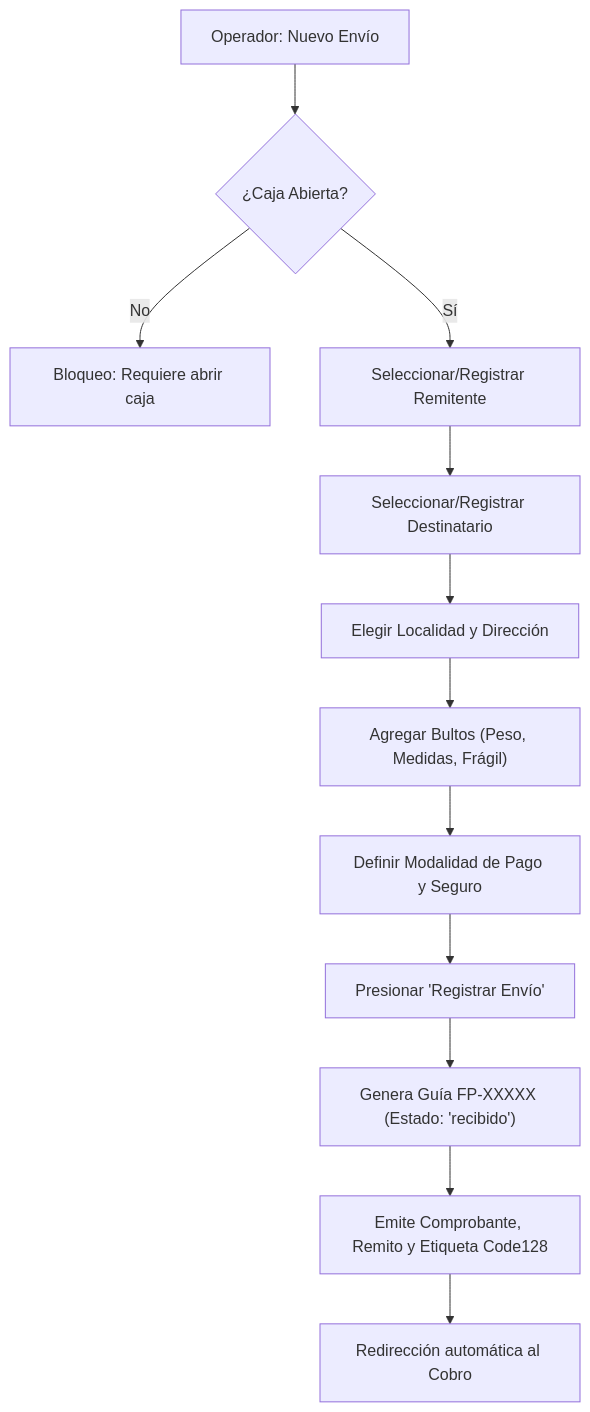
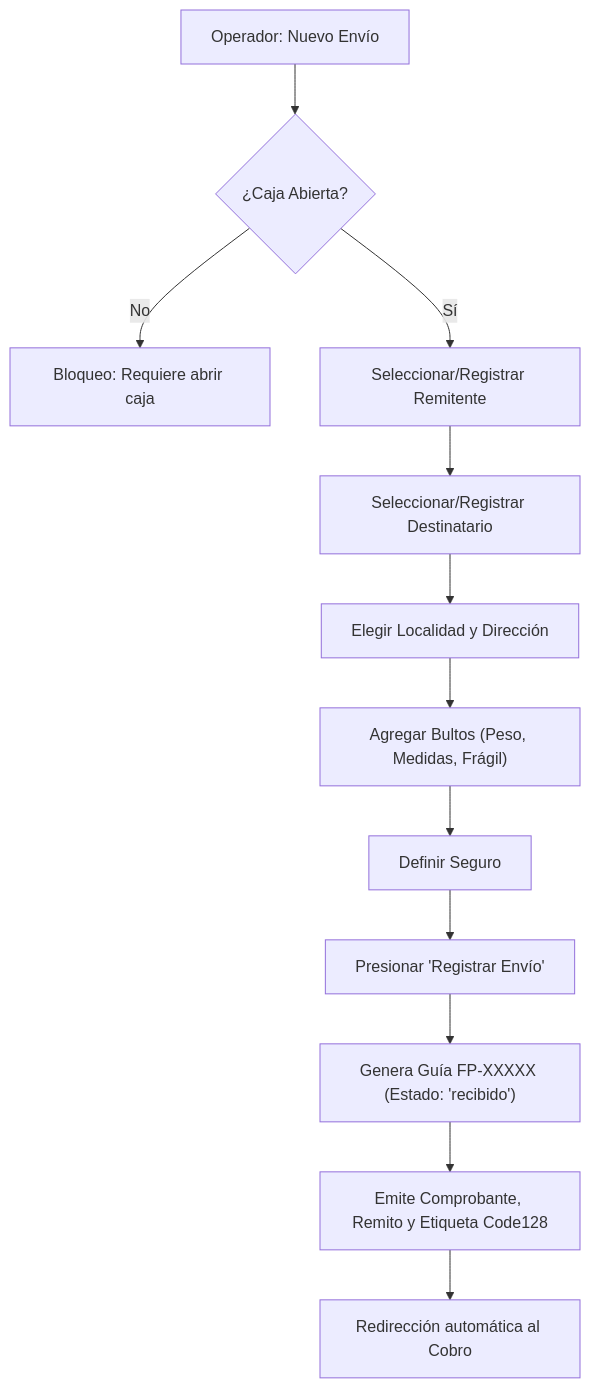
One commit to maximogomez-05/FormoPack changed the third of 8 diagrams in MANUAL_DE_USUARIO_22_10_26.md. Above: the diagram before and after it, drawn with Mermaid. The commit also changed other lines of this file and 6 other files, not shown here.

````diff
--- a/MANUAL_DE_USUARIO_22_10_26.md
+++ b/MANUAL_DE_USUARIO_22_10_26.md
@@ -417,14 +417,14 @@
 ```mermaid
 flowchart TD
     Inicio["Operador: Nuevo Envío"] --> Caja{"¿Caja Abierta?"}
     Caja -- No --> Alerta["Bloqueo: Requiere abrir caja"]
     Caja -- Sí --> Remitente["Seleccionar/Registrar Remitente"]
     Remitente --> Destinatario["Seleccionar/Registrar Destinatario"]
     Destinatario --> Destino["Elegir Localidad y Dirección"]
     Destino --> Bultos["Agregar Bultos (Peso, Medidas, Frágil)"]
-    Bultos --> Modalidad["Definir Modalidad de Pago y Seguro"]
-    Modalidad --> Guardar["Presionar 'Registrar Envío'"]
+    Bultos --> Seguro["Definir Seguro"]
+    Seguro --> Guardar["Presionar 'Registrar Envío'"]
     Guardar --> Guia["Genera Guía FP-XXXXX (Estado: 'recibido')"]
     Guia --> Documentos["Emite Comprobante, Remito y Etiqueta Code128"]
     Documentos --> Cobro["Redirección automática al Cobro"]
 ```
````
